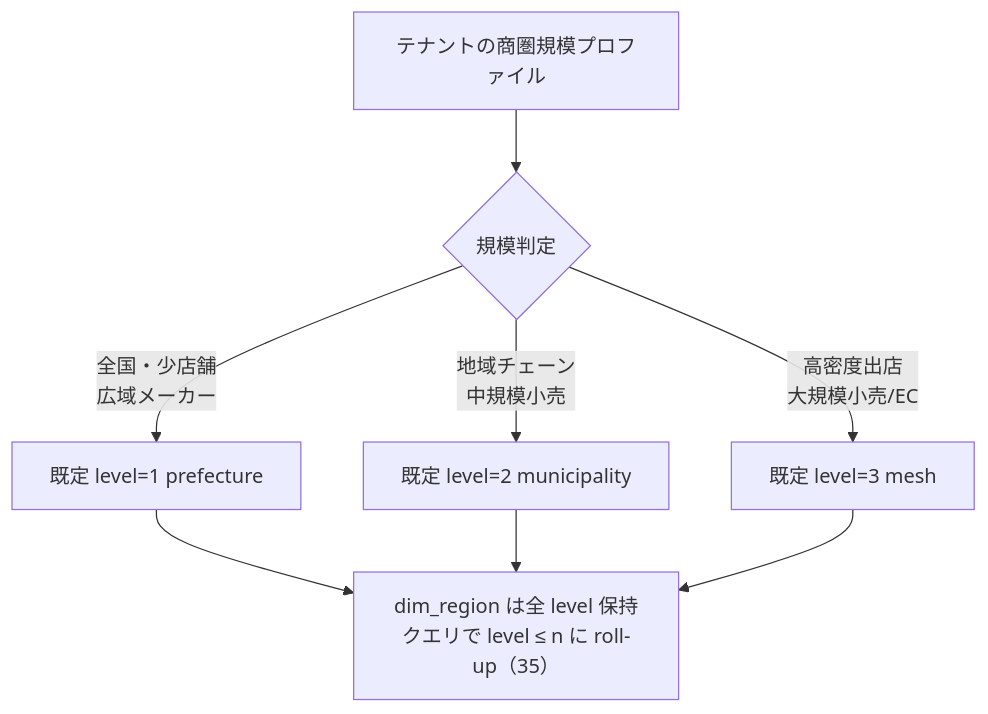
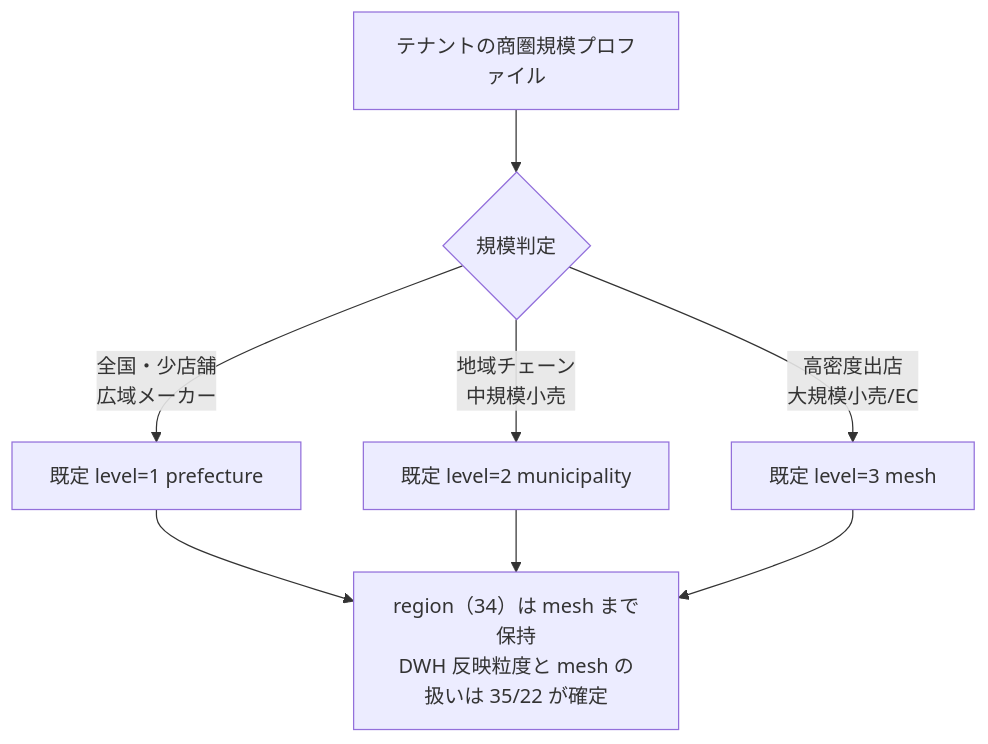
Before and after one commit to TSUNAGUBA/akebono-honshu: diagram 11 of 17 in docs/platform-design/detailed-design/20-canonical-mdm-and-entity-resolution.md, drawn with Mermaid. The commit also changed other lines of this file and 30 other files, not shown here.

````diff
--- a/docs/platform-design/detailed-design/20-canonical-mdm-and-entity-resolution.md
+++ b/docs/platform-design/detailed-design/20-canonical-mdm-and-entity-resolution.md
@@ -387,8 +388,8 @@
 ```mermaid
 flowchart TD
     T["テナントの商圏規模プロファイル"] --> R{"規模判定"}
     R -->|"全国・少店舗<br/>広域メーカー"| L1["既定 level=1 prefecture"]
     R -->|"地域チェーン<br/>中規模小売"| L2["既定 level=2 municipality"]
     R -->|"高密度出店<br/>大規模小売/EC"| L3["既定 level=3 mesh"]
-    L1 & L2 & L3 --> AGG["dim_region は全 level 保持<br/>クエリで level ≤ n に roll-up（35）"]
+    L1 & L2 & L3 --> AGG["region（34）は mesh まで保持<br/>DWH 反映粒度と mesh の扱いは 35/22 が確定"]
 ```
````
